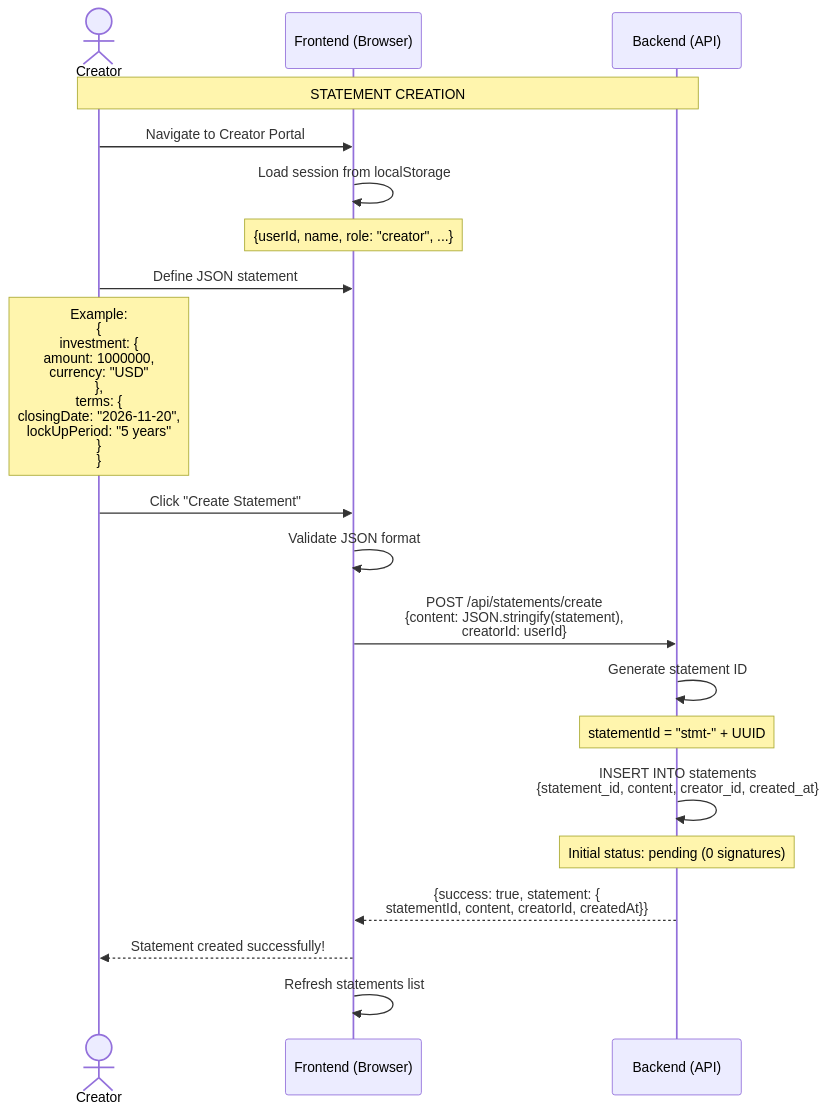
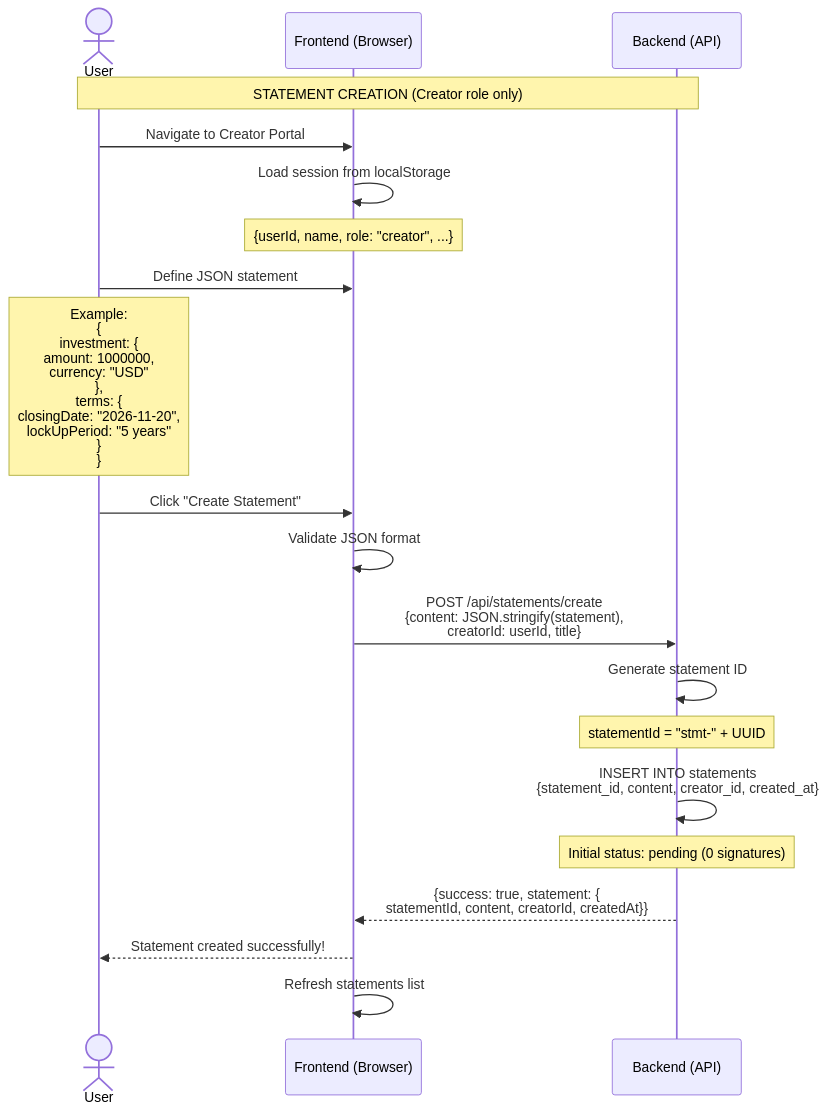
One commit to nucypher/passkeys-jwt-poc changed the second of 4 diagrams in docs/SEQUENCE-DIAGRAM.md. Above: the diagram before and after it, drawn with Mermaid. The commit also changed other lines of this file and 18 other files, not shown here.

Commit message:
feat: Streamline user registration and JWT key attestation into a single API endpoint and update JWT verification and other documentation.

````diff
--- a/docs/SEQUENCE-DIAGRAM.md
+++ b/docs/SEQUENCE-DIAGRAM.md
@@ -106,31 +109,31 @@
 ```mermaid
 sequenceDiagram
-    actor Creator
+    actor User
     participant Frontend as Frontend (Browser)
     participant Backend as Backend (API)
 
-    Note over Creator,Backend: STATEMENT CREATION
+    Note over User,Backend: STATEMENT CREATION (Creator role only)
 
-    Creator->>Frontend: Navigate to Creator Portal
+    User->>Frontend: Navigate to Creator Portal
     Frontend->>Frontend: Load session from localStorage
     Note over Frontend: {userId, name, role: "creator", ...}
 
-    Creator->>Frontend: Define JSON statement
-    Note over Creator: Example:<br/>{<br/>  investment: {<br/>    amount: 1000000,<br/>    currency: "USD"<br/>  },<br/>  terms: {<br/>    closingDate: "2026-11-20",<br/>    lockUpPeriod: "5 years"<br/>  }<br/>}
+    User->>Frontend: Define JSON statement
+    Note over User: Example:<br/>{<br/>  investment: {<br/>    amount: 1000000,<br/>    currency: "USD"<br/>  },<br/>  terms: {<br/>    closingDate: "2026-11-20",<br/>    lockUpPeriod: "5 years"<br/>  }<br/>}
 
-    Creator->>Frontend: Click "Create Statement"
+    User->>Frontend: Click "Create Statement"
     Frontend->>Frontend: Validate JSON format
 
-    Frontend->>Backend: POST /api/statements/create<br/>{content: JSON.stringify(statement),<br/>creatorId: userId}
+    Frontend->>Backend: POST /api/statements/create<br/>{content: JSON.stringify(statement),<br/>creatorId: userId, title}
 
     Backend->>Backend: Generate statement ID
     Note over Backend: statementId = "stmt-" + UUID
 
     Backend->>Backend: INSERT INTO statements<br/>{statement_id, content, creator_id, created_at}
     Note over Backend: Initial status: pending (0 signatures)
 
     Backend-->>Frontend: {success: true, statement: {<br/>statementId, content, creatorId, createdAt}}
 
-    Frontend-->>Creator: Statement created successfully!
+    Frontend-->>User: Statement created successfully!
     Frontend->>Frontend: Refresh statements list
 ```
````
